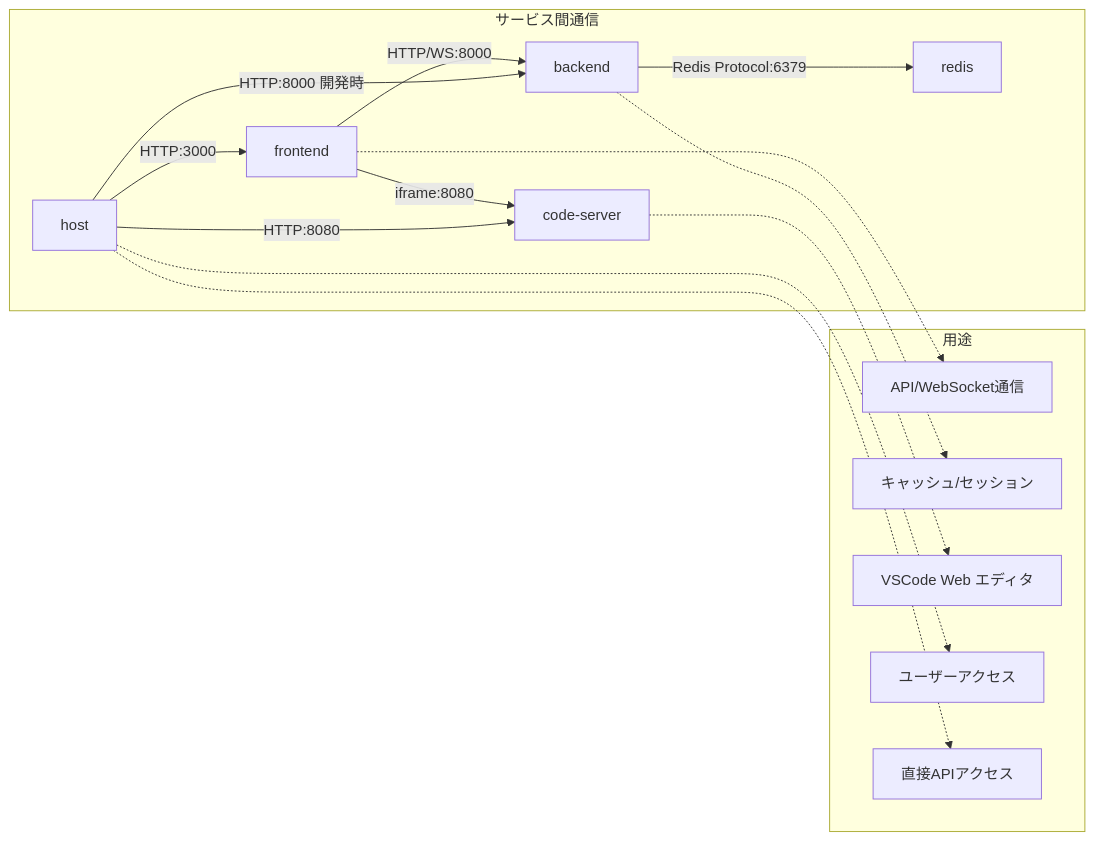
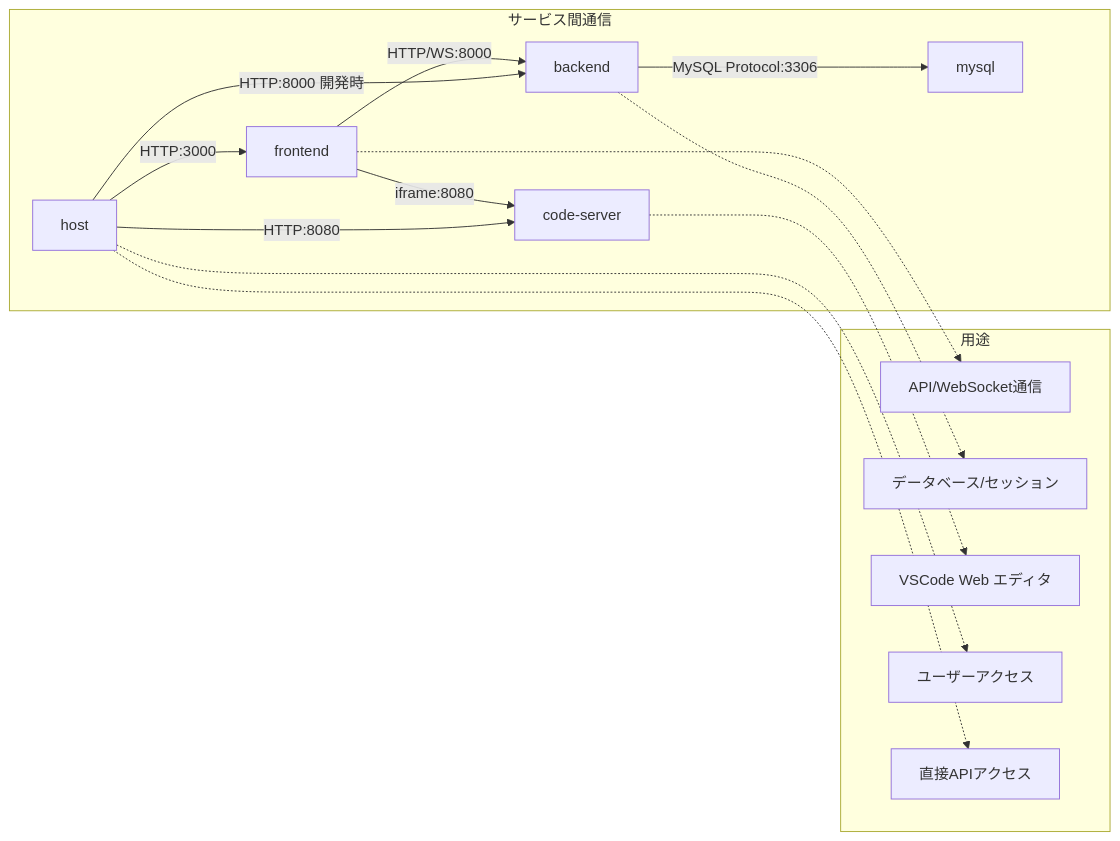
Before and after one commit to thirai-classlab/Claude-Code-Cloud: the fifth of 9 diagrams in doc/docker-design.md, drawn with Mermaid. The commit also changed other lines of this file and 18 other files, not shown here.

````diff
--- a/doc/docker-design.md
+++ b/doc/docker-design.md
@@ -1023,19 +1067,19 @@
 ```mermaid
 flowchart LR
     subgraph サービス間通信
         F[frontend] -->|HTTP/WS:8000| B[backend]
         F -->|iframe:8080| CS[code-server]
-        B -->|Redis Protocol:6379| R[redis]
+        B -->|MySQL Protocol:3306| DB[mysql]
         H[host] -->|HTTP:3000| F
         H -->|HTTP:8000 開発時| B
         H -->|HTTP:8080| CS
     end
 
     subgraph 用途
         F -.-> F_D[API/WebSocket通信]
-        B -.-> B_D[キャッシュ/セッション]
+        B -.-> B_D[データベース/セッション]
         CS -.-> CS_D[VSCode Web エディタ]
         H -.-> H_D1[ユーザーアクセス]
         H -.-> H_D2[直接APIアクセス]
     end
 ```
````
